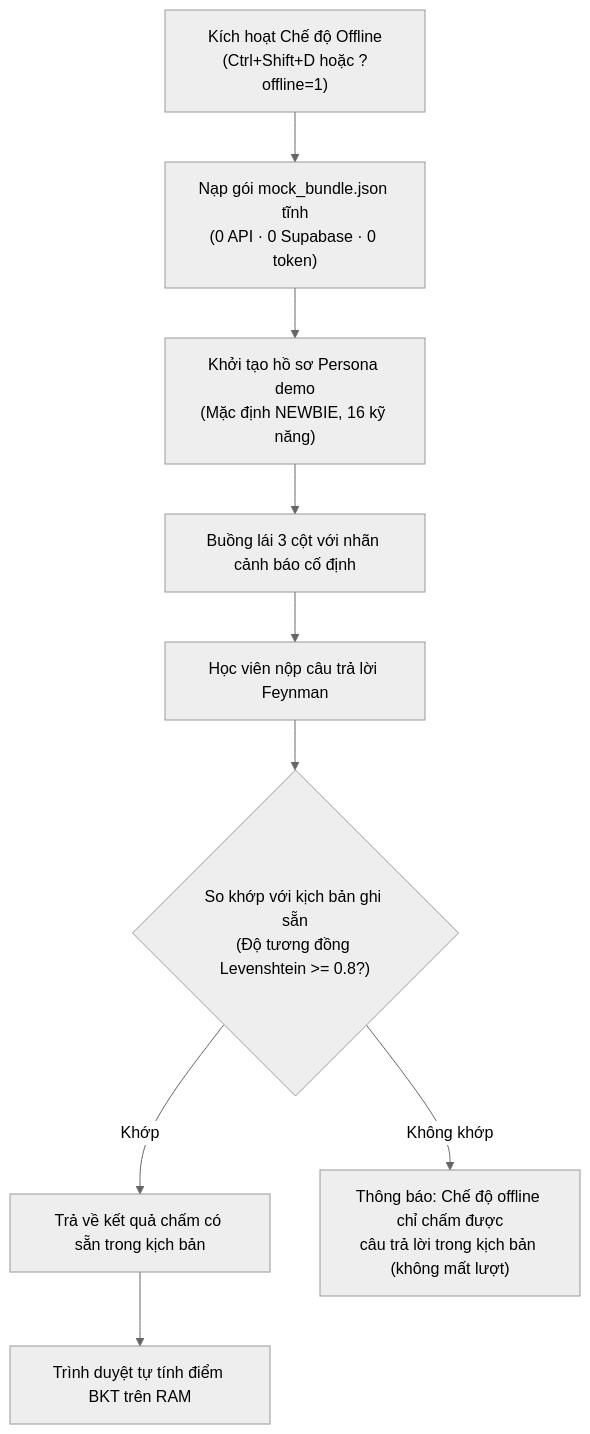
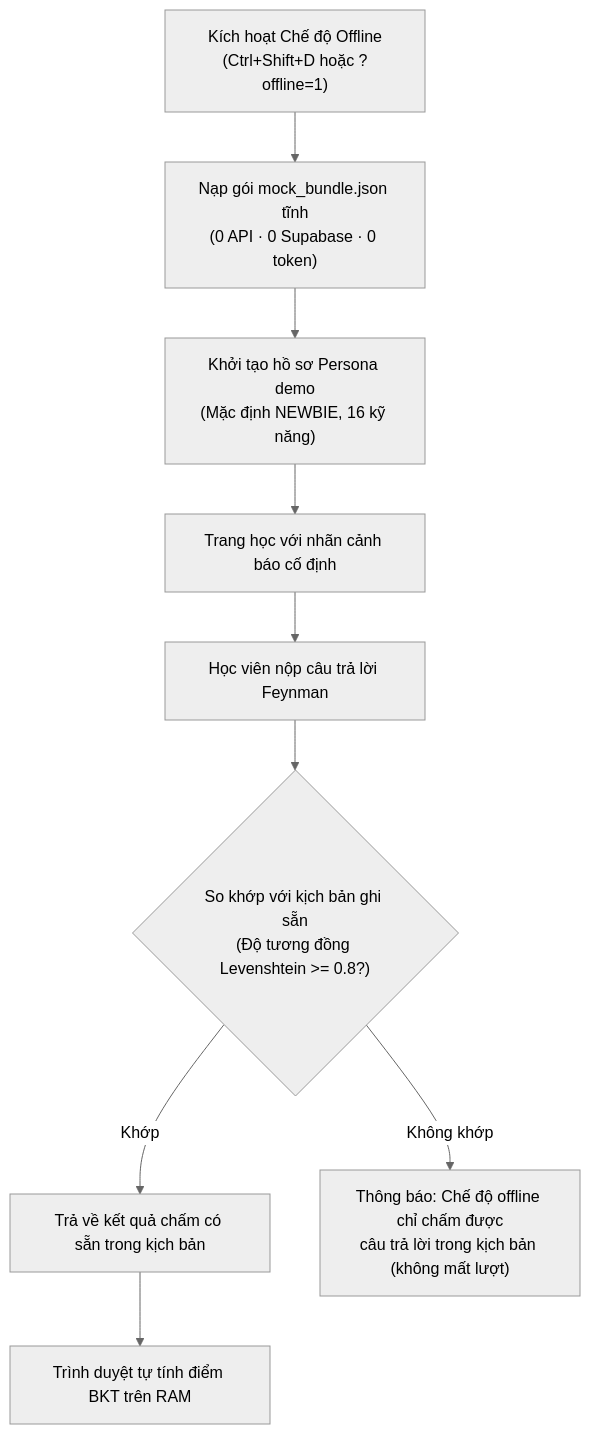
Before and after one commit to huynhthanhnhannnh-pixel/Hackathon_SGU: the seventh of 9 diagrams in doc-de-hieu/06_giao_dien.md, drawn with Mermaid (neutral theme). The commit also changed other lines of this file and 10 other files, not shown here.

````diff
--- a/doc-de-hieu/06_giao_dien.md
+++ b/doc-de-hieu/06_giao_dien.md
@@ -574,12 +553,12 @@
 ```mermaid
 flowchart TD
     MODE["Kích hoạt Chế độ Offline<br/>(Ctrl+Shift+D hoặc ?offline=1)"] --> BUNDLE["Nạp gói mock_bundle.json tĩnh<br/>(0 API · 0 Supabase · 0 token)"]
     BUNDLE --> INIT["Khởi tạo hồ sơ Persona demo<br/>(Mặc định NEWBIE, 16 kỹ năng)"]
-    INIT --> WORKBENCH["Buồng lái 3 cột với nhãn cảnh báo cố định"]
+    INIT --> WORKBENCH["Trang học với nhãn cảnh báo cố định"]
     
     WORKBENCH --> SUBMIT["Học viên nộp câu trả lời Feynman"]
     SUBMIT --> MATCH{"So khớp với kịch bản ghi sẵn<br/>(Độ tương đồng Levenshtein >= 0.8?)"}
     MATCH -- "Khớp" --> SCRIPTED_RES["Trả về kết quả chấm có sẵn trong kịch bản"]
     MATCH -- "Không khớp" --> NOTICE["Thông báo: Chế độ offline chỉ chấm được<br/>câu trả lời trong kịch bản (không mất lượt)"]
     SCRIPTED_RES --> BKT_LOCAL["Trình duyệt tự tính điểm BKT trên RAM"]
 ```
````
